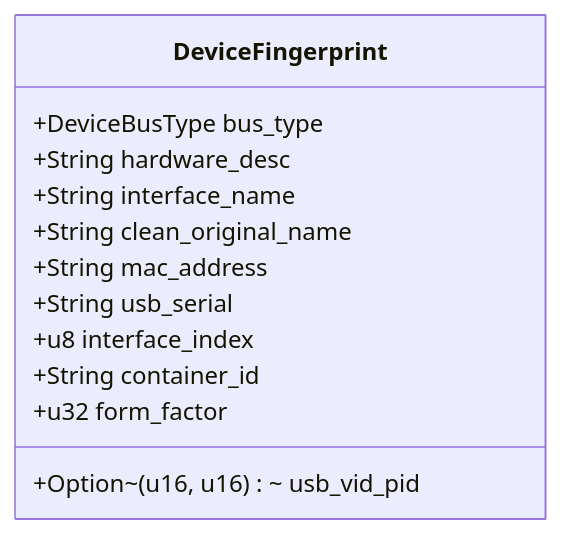
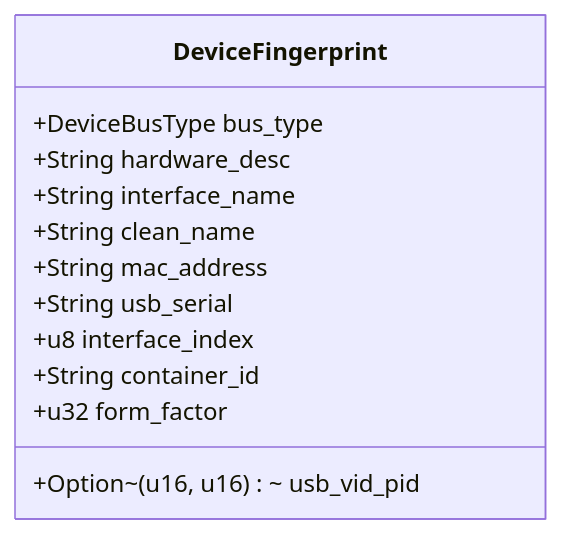
The fourth of 8 diagrams in docs/device-id-migration.md (felipecrs/volume-locker), drawn with Mermaid before and after one commit. The commit also changed other lines of this file and 2 other files, not shown here.

Commit message:
Rename clean_original_name to clean_name; drop desc check from USB profile tier

````diff
--- a/docs/device-id-migration.md
+++ b/docs/device-id-migration.md
@@ -100,15 +100,15 @@
 ```mermaid
 classDiagram
     class DeviceFingerprint {
         +DeviceBusType bus_type
         +String hardware_desc
         +String interface_name
-        +String clean_original_name
+        +String clean_name
         +String mac_address
         +Option~(u16, u16)~ usb_vid_pid
         +String usb_serial
         +u8 interface_index
         +String container_id
         +u32 form_factor
     }
 ```
````
